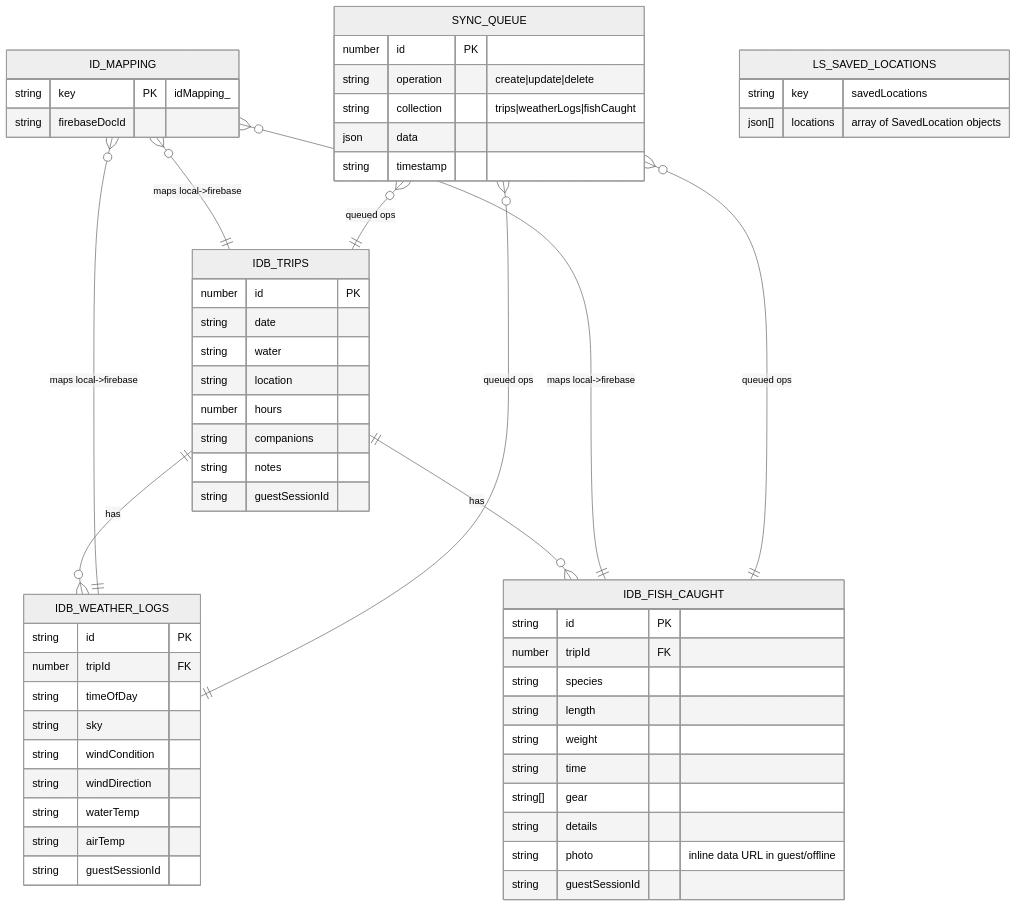
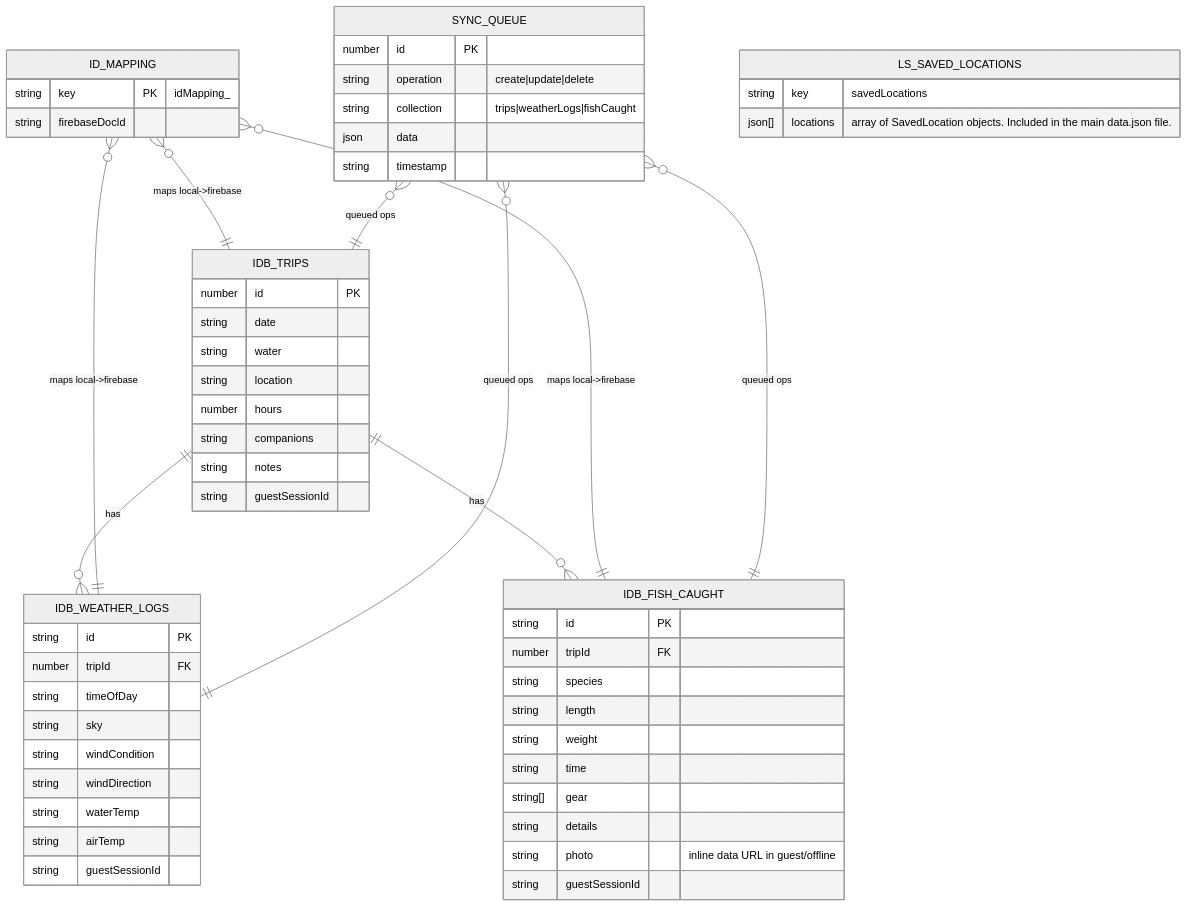
The second of 4 diagrams in docs/architecture/DATA_MODEL.md (kerry-davis/maori-fishing-calendar-react), drawn with Mermaid (neutral theme) before and after one commit. The commit also changed other lines of this file and 13 other files, not shown here.

````diff
--- a/docs/architecture/DATA_MODEL.md
+++ b/docs/architecture/DATA_MODEL.md
@@ -152,65 +143,65 @@
 ```mermaid
 erDiagram
   IDB_TRIPS ||--o{ IDB_WEATHER_LOGS : "has"
   IDB_TRIPS ||--o{ IDB_FISH_CAUGHT : "has"
   ID_MAPPING o{--|| IDB_TRIPS : "maps local->firebase"
   ID_MAPPING o{--|| IDB_WEATHER_LOGS : "maps local->firebase"
   ID_MAPPING o{--|| IDB_FISH_CAUGHT : "maps local->firebase"
   SYNC_QUEUE o{--|| IDB_TRIPS : "queued ops"
   SYNC_QUEUE o{--|| IDB_WEATHER_LOGS : "queued ops"
   SYNC_QUEUE o{--|| IDB_FISH_CAUGHT : "queued ops"
 
   IDB_TRIPS {
     number id PK
     string date
     string water
     string location
     number hours
     string companions
     string notes
     string guestSessionId
   }
 
   LS_SAVED_LOCATIONS {
     string key        "savedLocations"
-    json[] locations  "array of SavedLocation objects"
+    json[] locations  "array of SavedLocation objects. Included in the main data.json file."
   }
 
   IDB_WEATHER_LOGS {
     string id PK
     number tripId FK
     string timeOfDay
     string sky
     string windCondition
     string windDirection
     string waterTemp
     string airTemp
     string guestSessionId
   }
 
   IDB_FISH_CAUGHT {
     string id PK
     number tripId FK
     string species
     string length
     string weight
     string time
     string[] gear
     string details
     string photo       "inline data URL in guest/offline"
     string guestSessionId
   }
 
   ID_MAPPING {
     string key PK   "idMapping_<uid>_<collection>_<localId>"
     string firebaseDocId
   }
 
   SYNC_QUEUE {
     number id PK
     string operation  "create|update|delete"
     string collection "trips|weatherLogs|fishCaught"
     json data
     string timestamp
   }
 ```
````
